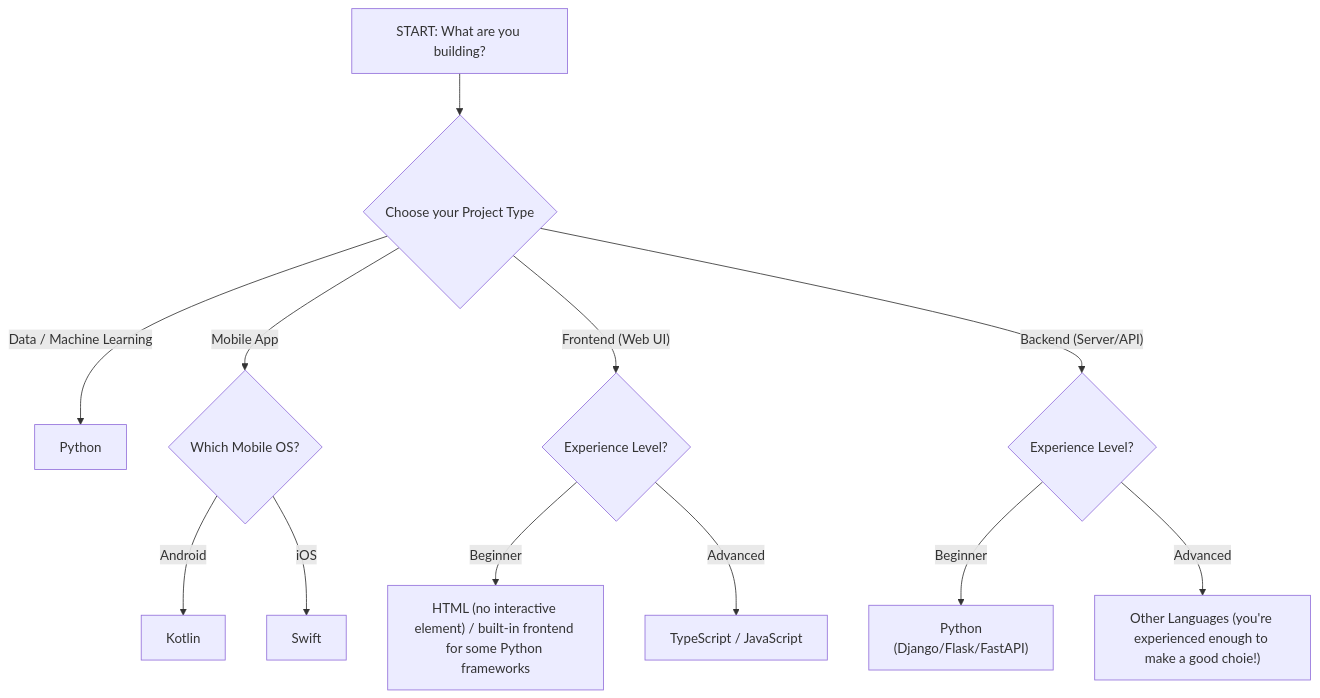
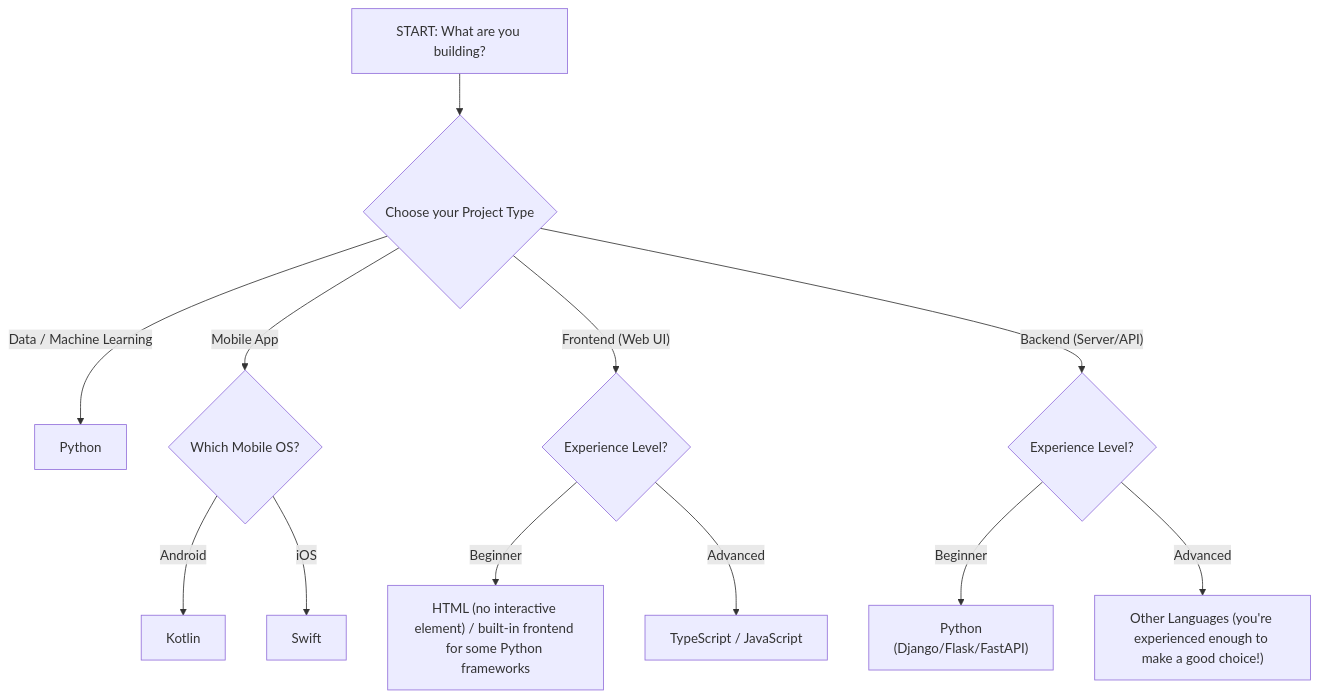
Before and after one commit to icdocsoc/ichack-hackpacks: the diagram in getting-started/README.md, drawn with Mermaid. The commit also changed other lines of this file, not shown here.

````diff
--- a/getting-started/README.md
+++ b/getting-started/README.md
@@ -45,22 +45,22 @@
 ```mermaid
 graph TD
     Start["START: What are you building?"] --> Decision{"Choose your Project Type"}
 
     %% Branch 1: Data/ML
     Decision -- "Data / Machine Learning" --> DataEnd["Python"]
 
     %% Branch 2: Mobile
     Decision -- "Mobile App" --> MobileOS{"Which Mobile OS?"}
     MobileOS -- Android --> KotlinEnd["Kotlin"]
     MobileOS -- iOS --> SwiftEnd["Swift"]
 
     %% Branch 3: Frontend
     Decision -- "Frontend (Web UI)" --> FeExp{"Experience Level?"}
     FeExp -- "Beginner" --> FePyEnd["HTML (no interactive element) / built-in frontend for some Python frameworks"]
     FeExp -- "Advanced" --> FeJsEnd["TypeScript / JavaScript"]
 
     %% Branch 4: Backend
     Decision -- "Backend (Server/API)" --> BeExp{"Experience Level?"}
     BeExp -- "Beginner" --> BePyEnd["Python<br/>(Django/Flask/FastAPI)"]
-    BeExp -- "Advanced" --> BeOtherEnd["Other Languages (you're experienced enough to make a good choie!)"]
+    BeExp -- "Advanced" --> BeOtherEnd["Other Languages (you're experienced enough to make a good choice!)"]
 ```
````
